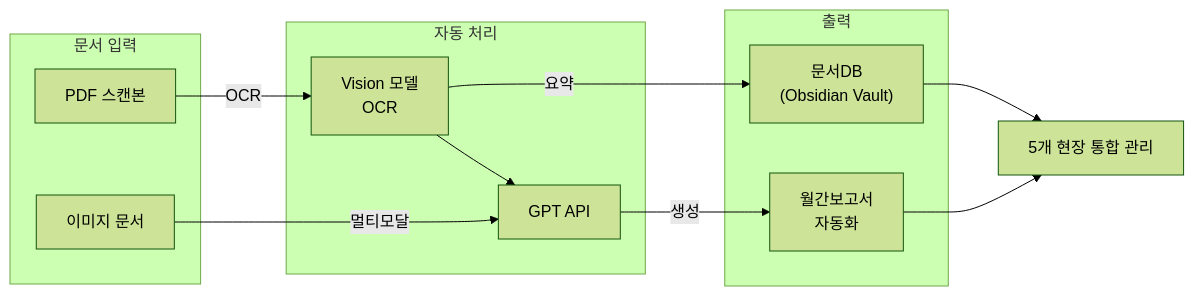
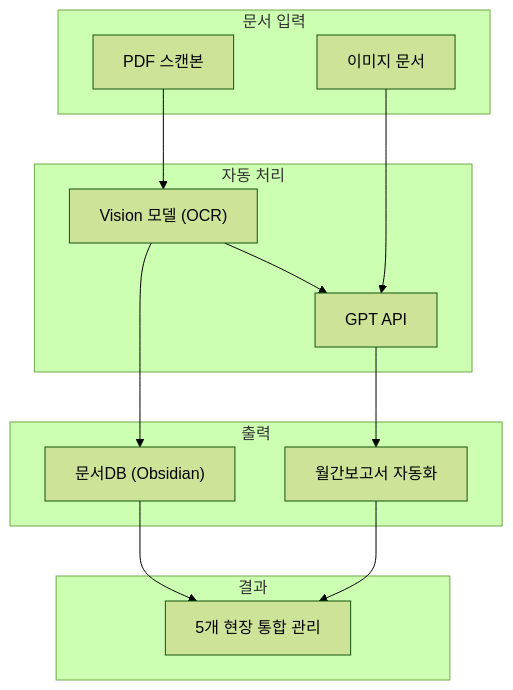
The third of 4 diagrams in output/기술경력서_김성식.md (menaje/profile), drawn with Mermaid (forest theme) before and after one commit. The commit also changed other lines of this file and 1 other file, not shown here.

Commit message:
style: 가로형 다이어그램을 세로형으로 변경

````diff
--- a/output/기술경력서_김성식.md
+++ b/output/기술경력서_김성식.md
@@ -255,25 +249,30 @@
 ```mermaid
-flowchart LR
+flowchart TB
     subgraph Input["문서 입력"]
         PDF["PDF 스캔본"]
         IMG["이미지 문서"]
     end
 
     subgraph Process["자동 처리"]
-        Vision["Vision 모델<br/>OCR"]
+        Vision["Vision 모델 (OCR)"]
         GPT["GPT API"]
     end
 
     subgraph Output["출력"]
-        Vault["문서DB<br/>(Obsidian Vault)"]
-        Report["월간보고서<br/>자동화"]
+        Vault["문서DB (Obsidian)"]
+        Report["월간보고서 자동화"]
     end
 
-    PDF -->|OCR| Vision -->|요약| Vault
-    IMG -->|멀티모달| GPT -->|생성| Report
+    PDF --> Vision
+    IMG --> GPT
+    Vision --> Vault
     Vision --> GPT
+    GPT --> Report
 
-    Integration["5개 현장 통합 관리"]
+    subgraph Result["결과"]
+        Integration["5개 현장 통합 관리"]
+    end
+
     Vault --> Integration
     Report --> Integration
 ```
````
